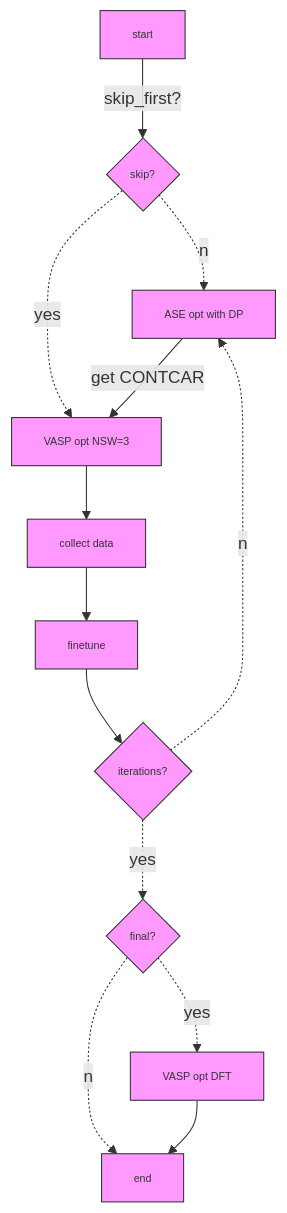
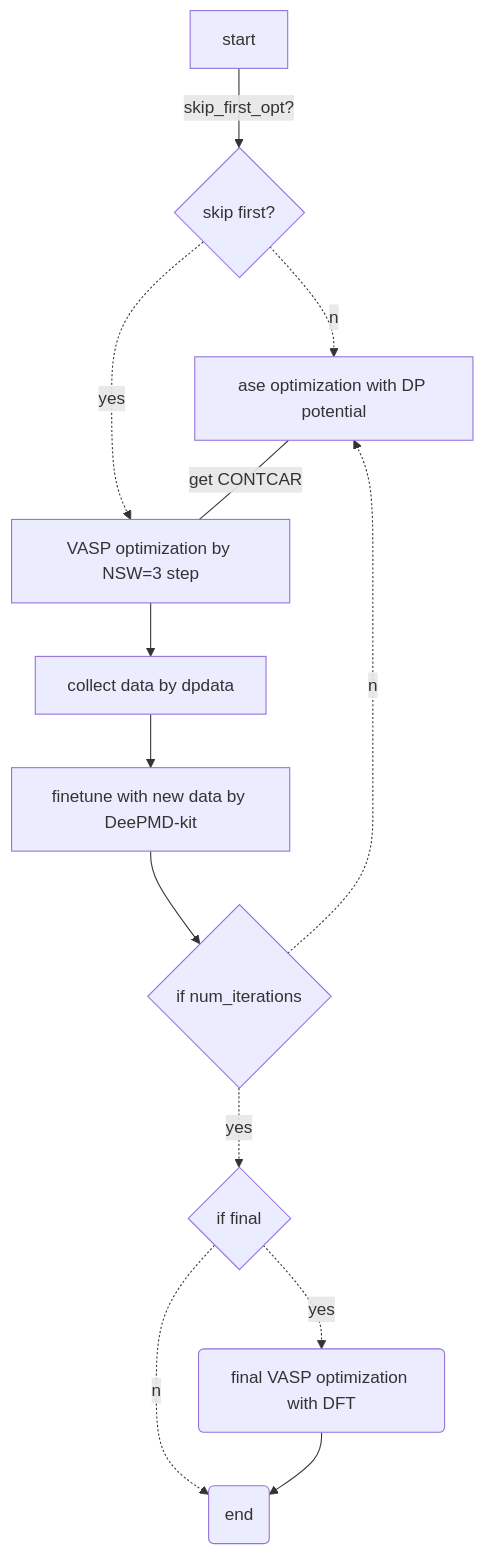
The first of 2 diagrams in postworkflow/README.md (lalaheihaihei/catalyticLAM), drawn with Mermaid before and after one commit.

Commit message:
update mermaid

````diff
--- a/postworkflow/README.md
+++ b/postworkflow/README.md
@@ -95,17 +95,15 @@
 ```mermaid
 graph TD
-classDef compact fill:#f9f,stroke:#333,stroke-width:1px,font-size:10px;
-
-A[start]:::compact -->|skip_first?| X{skip?}:::compact
-X -.no.-> B[ASE opt with DP]:::compact
-X -.yes.-> C[VASP opt NSW=3]:::compact
-B -->|get CONTCAR| C:::compact
-C --> D[collect data]:::compact
-D --> E[finetune]:::compact
-E --> F{iterations?}:::compact
-F -.yes.-> G{final?}:::compact
-F -.no.-> B:::compact
-G -.yes.-> H[VASP opt DFT]:::compact
-G -.no.-> I[end]:::compact
+A[start] -->|skip_first_opt?| X{skip first?}
+X -.no.-> B[ase optimization with DP potential]
+X -.yes.-> C[VASP optimization by NSW=3 step]
+B --get CONTCAR--- C[VASP optimization by NSW=3 step]
+C  -->D[collect data by dpdata]
+D --> E[finetune with new data by DeePMD-kit]
+E --> F{if num_iterations}
+F -.yes.-> G{if final}
+F -.no.-> B
+G-.yes.-> H(final VASP optimization with DFT)
+G-.no.-> I(end)
 H --> I
 ```
````
